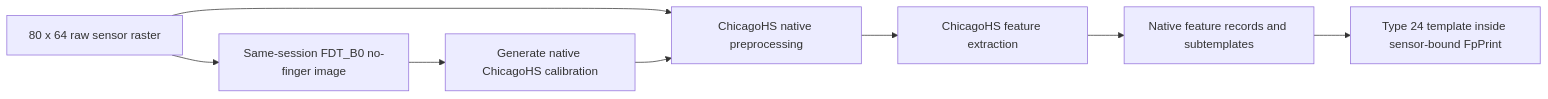
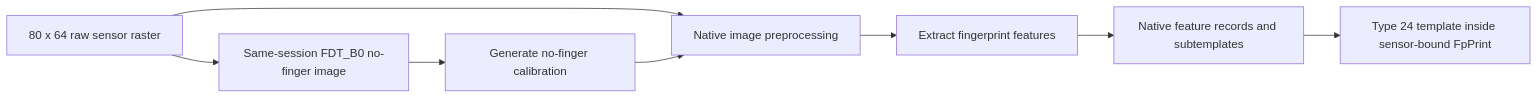
The diagram in docs/learning/05_from_image_to_template.md (maxvelikodnev/goodix-27c6-5125-ubuntu), drawn with Mermaid before and after one commit. The commit also changed other lines of this file, not shown here.

````diff
--- a/docs/learning/05_from_image_to_template.md
+++ b/docs/learning/05_from_image_to_template.md
@@ -28,10 +25,10 @@
 ```mermaid
 flowchart LR
     A["80 x 64 raw sensor raster"] --> B["Same-session FDT_B0 no-finger image"]
-    B --> C["Generate native ChicagoHS calibration"]
-    A --> D["ChicagoHS native preprocessing"]
+    B --> C["Generate no-finger calibration"]
+    A --> D["Native image preprocessing"]
     C --> D
-    D --> E["ChicagoHS feature extraction"]
+    D --> E["Extract fingerprint features"]
     E --> F["Native feature records and subtemplates"]
     F --> G["Type 24 template inside sensor-bound FpPrint"]
 ```
````
